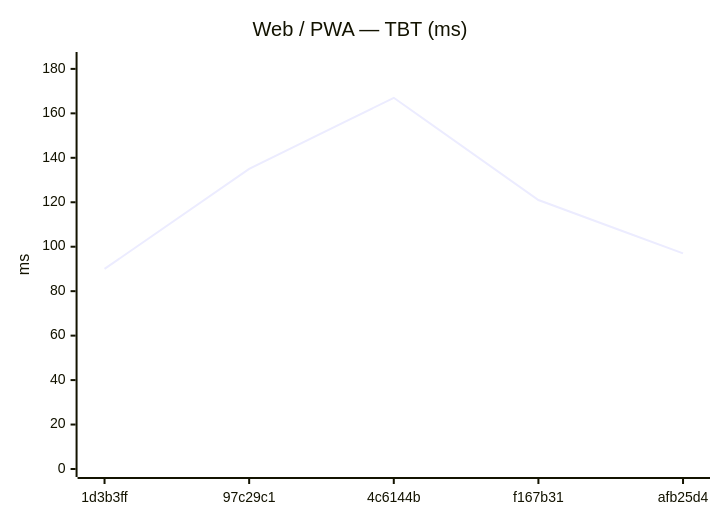
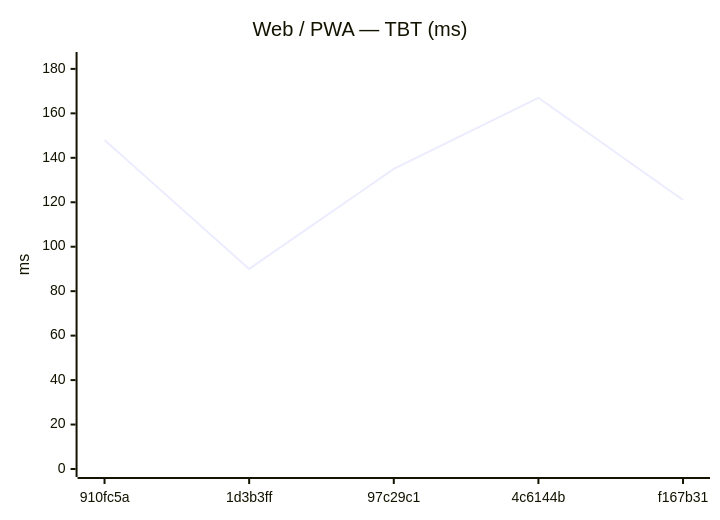
One commit to Metaheurist/Rianell changed the eighth of 18 diagrams in benchmarks/compare.md. Above: the diagram before and after it, drawn with Mermaid. The commit also changed other lines of this file and 11 other files, not shown here.

````diff
--- a/benchmarks/compare.md
+++ b/benchmarks/compare.md
@@ -124,7 +124,7 @@
 ```mermaid
 xychart-beta
     title "Web / PWA — TBT (ms)"
-    x-axis ["1d3b3ff", "97c29c1", "4c6144b", "f167b31", "afb25d4"]
+    x-axis ["910fc5a", "1d3b3ff", "97c29c1", "4c6144b", "f167b31"]
     y-axis "ms" 0 --> 184
-    line [90, 135, 167, 121, 97]
+    line [148, 90, 135, 167, 121]
 ```
````
